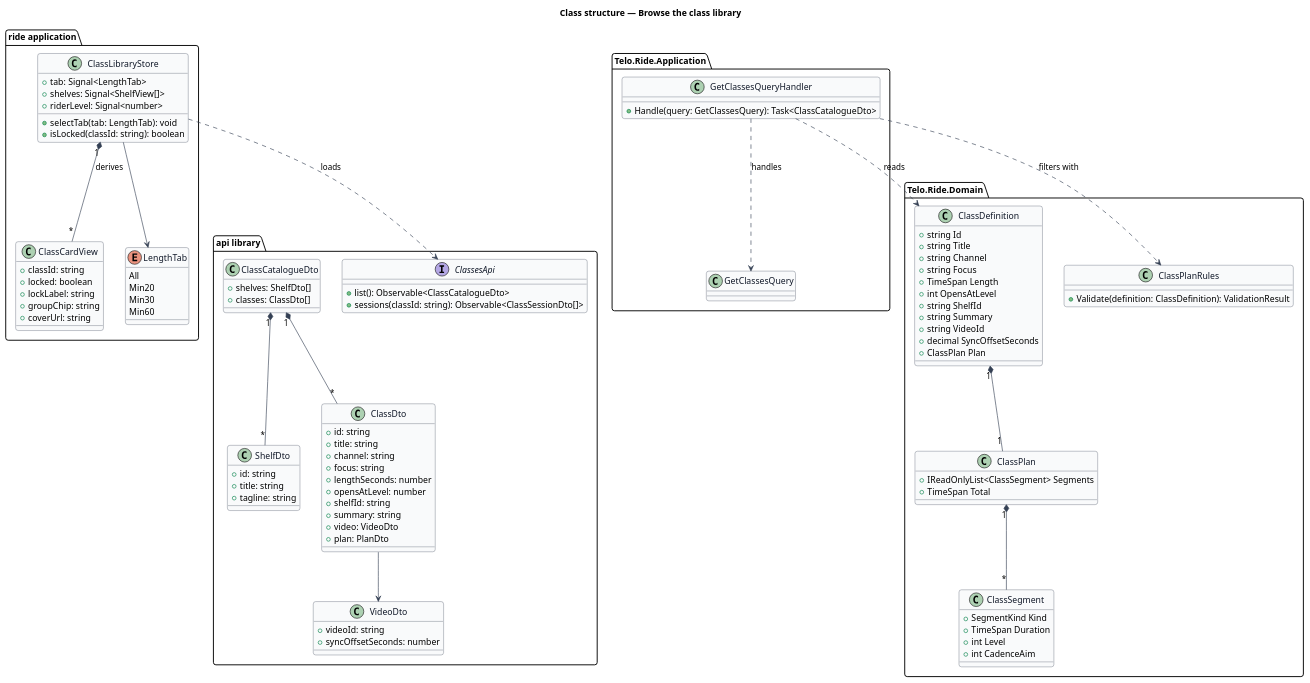
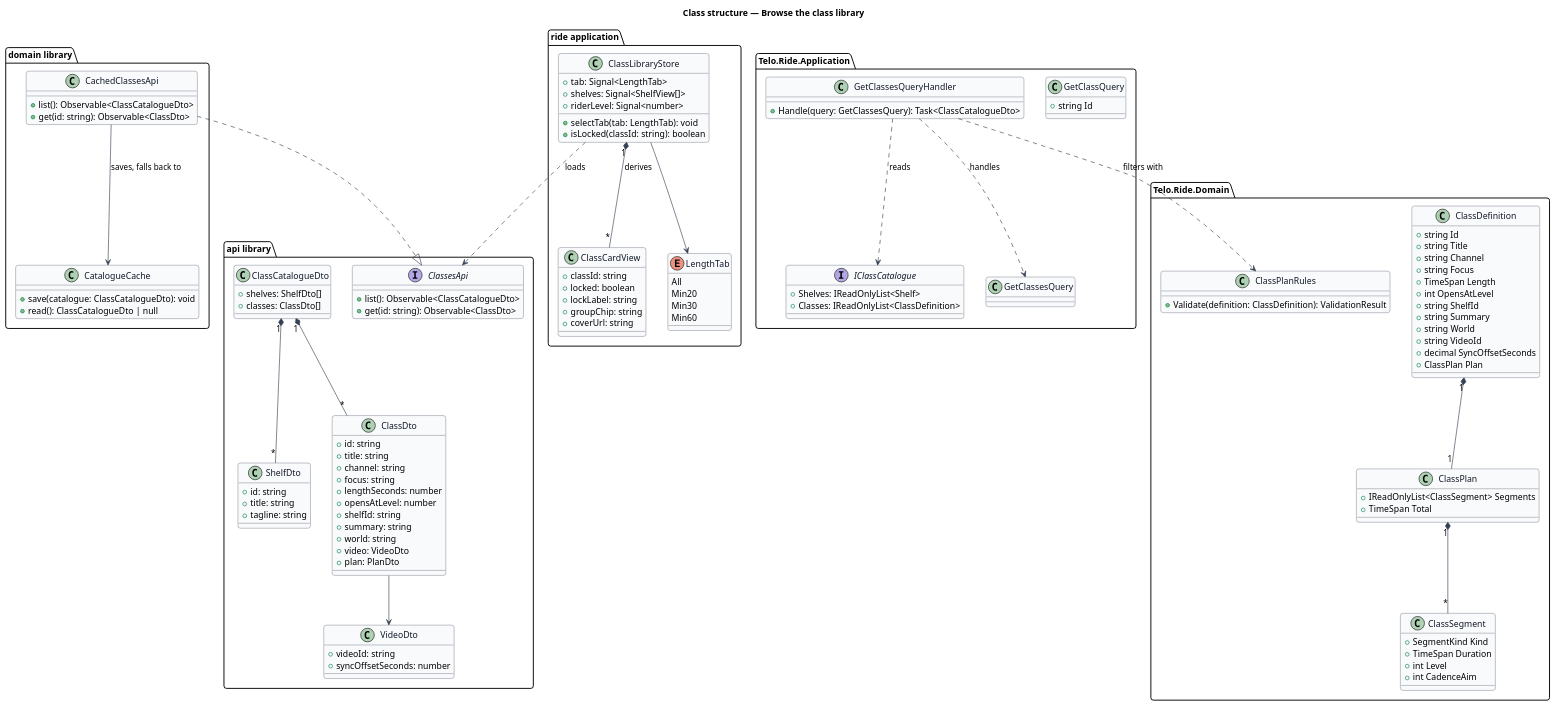
One commit to QuinntyneBrown/ride-one changed the diagram in docs/detailed-designs/classes/browse-the-class-library/diagrams/class-structure.puml. Above: the diagram before and after it, drawn with PlantUML. The commit also changed 11 other files, not shown here.

```diff
--- a/docs/detailed-designs/classes/browse-the-class-library/diagrams/class-structure.puml
+++ b/docs/detailed-designs/classes/browse-the-class-library/diagrams/class-structure.puml
@@ -1,115 +1,136 @@
 @startuml
 set separator none
 ' --- shared skin header ---
 skinparam backgroundColor #FFFFFF
 skinparam shadowing false
 skinparam roundcorner 8
 skinparam defaultFontName Arial
 skinparam ArrowColor #344054
 skinparam class {
   BorderColor #344054
   FontColor #101828
   BackgroundColor #F9FAFB
 }
 ' --------------------------
 title Class structure — Browse the class library
 
 package "api library" {
   interface ClassesApi {
     +list(): Observable<ClassCatalogueDto>
-    +sessions(classId: string): Observable<ClassSessionDto[]>
+    +get(id: string): Observable<ClassDto>
   }
   class ClassCatalogueDto {
     +shelves: ShelfDto[]
     +classes: ClassDto[]
   }
   class ShelfDto {
     +id: string
     +title: string
     +tagline: string
   }
   class ClassDto {
     +id: string
     +title: string
     +channel: string
     +focus: string
     +lengthSeconds: number
     +opensAtLevel: number
     +shelfId: string
     +summary: string
+    +world: string
     +video: VideoDto
     +plan: PlanDto
   }
   class VideoDto {
     +videoId: string
     +syncOffsetSeconds: number
+  }
+}
+package "domain library" {
+  class CachedClassesApi {
+    +list(): Observable<ClassCatalogueDto>
+    +get(id: string): Observable<ClassDto>
+  }
+  class CatalogueCache {
+    +save(catalogue: ClassCatalogueDto): void
+    +read(): ClassCatalogueDto | null
   }
 }
 package "ride application" {
   class ClassLibraryStore {
     +tab: Signal<LengthTab>
     +shelves: Signal<ShelfView[]>
     +riderLevel: Signal<number>
     +selectTab(tab: LengthTab): void
     +isLocked(classId: string): boolean
   }
   class ClassCardView {
     +classId: string
     +locked: boolean
     +lockLabel: string
     +groupChip: string
     +coverUrl: string
   }
   enum LengthTab {
     All
     Min20
     Min30
     Min60
   }
 }
 package "Telo.Ride.Domain" {
   class ClassDefinition {
     +string Id
     +string Title
     +string Channel
     +string Focus
     +TimeSpan Length
     +int OpensAtLevel
     +string ShelfId
     +string Summary
+    +string World
     +string VideoId
     +decimal SyncOffsetSeconds
     +ClassPlan Plan
   }
   class ClassPlan {
     +IReadOnlyList<ClassSegment> Segments
     +TimeSpan Total
   }
   class ClassSegment {
     +SegmentKind Kind
     +TimeSpan Duration
     +int Level
     +int CadenceAim
   }
   class ClassPlanRules {
     +Validate(definition: ClassDefinition): ValidationResult
   }
 }
 package "Telo.Ride.Application" {
+  interface IClassCatalogue {
+    +Shelves: IReadOnlyList<Shelf>
+    +Classes: IReadOnlyList<ClassDefinition>
+  }
   class GetClassesQuery
+  class GetClassQuery {
+    +string Id
+  }
   class GetClassesQueryHandler {
     +Handle(query: GetClassesQuery): Task<ClassCatalogueDto>
   }
 }
 ClassCatalogueDto "1" *-- "*" ShelfDto
 ClassCatalogueDto "1" *-- "*" ClassDto
 ClassDto --> VideoDto
 ClassLibraryStore ..> ClassesApi : loads
 ClassLibraryStore "1" *-- "*" ClassCardView : derives
 ClassLibraryStore --> LengthTab
 ClassDefinition "1" *-- "1" ClassPlan
 ClassPlan "1" *-- "*" ClassSegment
 GetClassesQueryHandler ..> GetClassesQuery : handles
 GetClassesQueryHandler ..> ClassPlanRules : filters with
-GetClassesQueryHandler ..> ClassDefinition : reads
+GetClassesQueryHandler ..> IClassCatalogue : reads
+CachedClassesApi ..|> ClassesApi
+CachedClassesApi --> CatalogueCache : saves, falls back to
 @enduml
```
